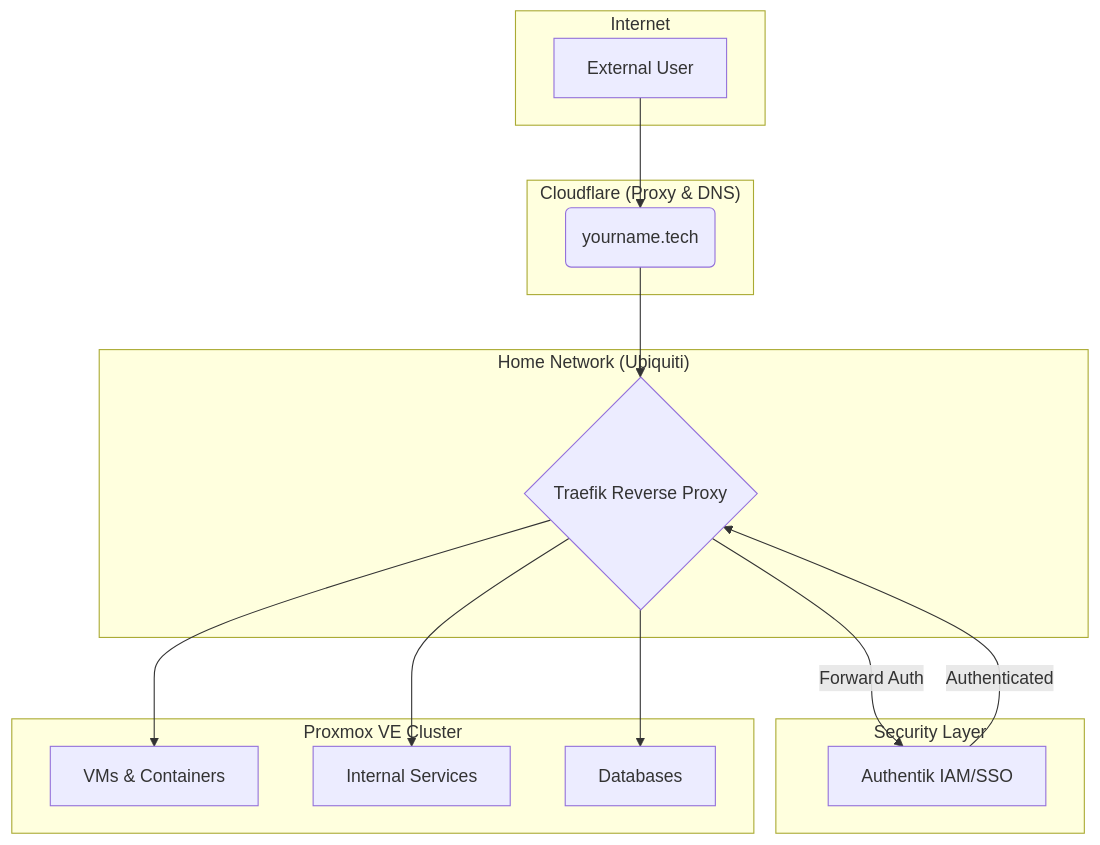
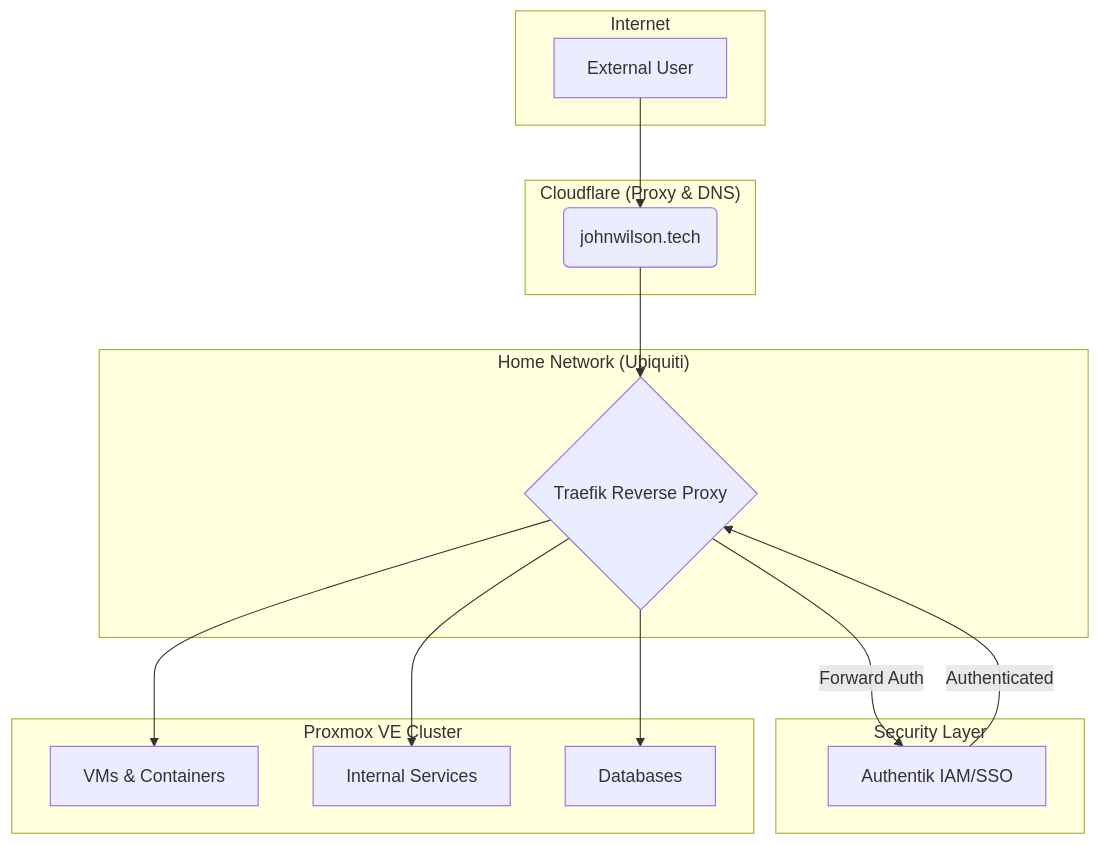
The diagram in README.md (johnwilson3/homelab-portfolio), drawn with Mermaid before and after one commit.

````diff
--- a/README.md
+++ b/README.md
@@ -20,32 +20,32 @@
 ```mermaid
 graph TD
     subgraph Internet
         A[External User]
     end
 
     subgraph "Cloudflare (Proxy & DNS)"
-        B(yourname.tech)
+        B(johnwilson.tech)
     end
 
     subgraph "Home Network (Ubiquiti)"
         C{Traefik Reverse Proxy}
     end
     
     subgraph "Security Layer"
         D[Authentik IAM/SSO]
     end
 
     subgraph "Proxmox VE Cluster"
         E[VMs & Containers]
         F[Internal Services]
         G[Databases]
     end
 
     A --> B
     B --> C
     C -- Forward Auth --> D
     D -- Authenticated --> C
     C --> E
     C --> F
     C --> G
 ```
````
